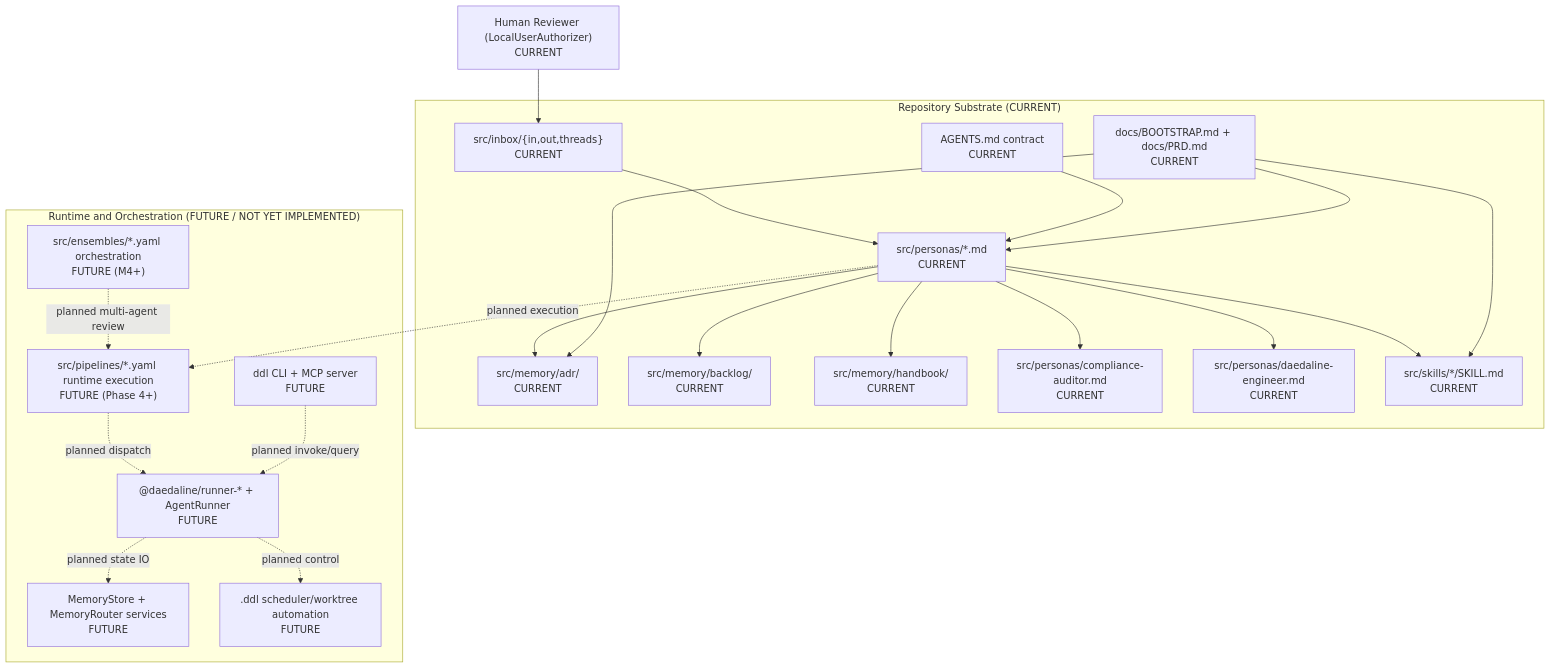
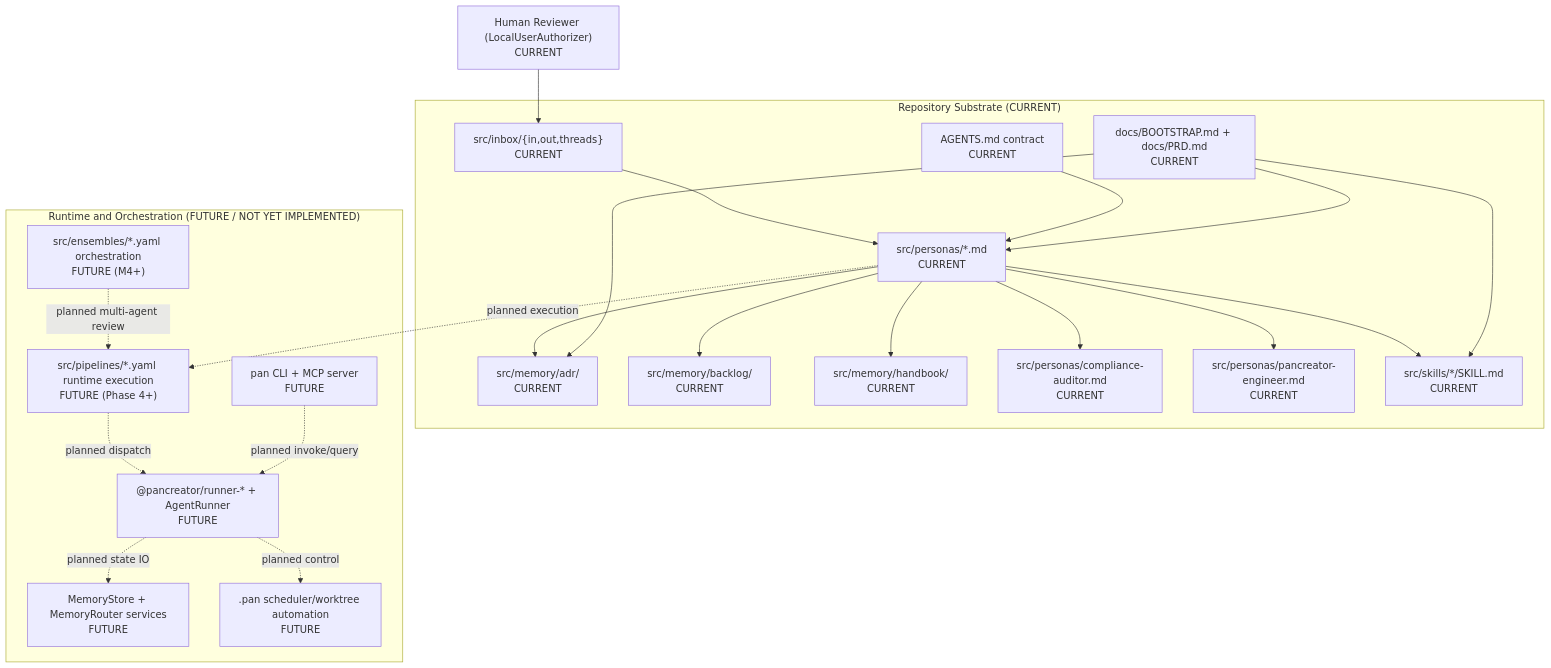
One commit to alenlukic/pancreator changed the diagram in src/memory/adr/0002-system-architecture-map.md. Above: the diagram before and after it, drawn with Mermaid. The commit also changed other lines of this file and 1154 other files, not shown here.

````diff
--- a/src/memory/adr/0002-system-architecture-map.md
+++ b/src/memory/adr/0002-system-architecture-map.md
@@ -85,46 +85,46 @@
 ```mermaid
 flowchart TB
     Human["Human Reviewer (LocalUserAuthorizer)\nCURRENT"]
 
     subgraph Repo["Repository Substrate (CURRENT)"]
       AGENTS["AGENTS.md contract\nCURRENT"]
       INBOX["src/inbox/{in,out,threads}\nCURRENT"]
       ADR["src/memory/adr/\nCURRENT"]
       BACKLOG["src/memory/backlog/\nCURRENT"]
       HANDBOOK["src/memory/handbook/\nCURRENT"]
       PERSONAS["src/personas/*.md\nCURRENT"]
       COMPLIANCE["src/personas/compliance-auditor.md\nCURRENT"]
-      TENGINEER["src/personas/daedaline-engineer.md\nCURRENT"]
+      TENGINEER["src/personas/pancreator-engineer.md\nCURRENT"]
       SKILLS["src/skills/*/SKILL.md\nCURRENT"]
       BOOT["docs/BOOTSTRAP.md + docs/PRD.md\nCURRENT"]
     end
 
     subgraph Runtime["Runtime and Orchestration (FUTURE / NOT YET IMPLEMENTED)"]
       PIPELINES["src/pipelines/*.yaml runtime execution\nFUTURE (Phase 4+)"]
       ENSEMBLES["src/ensembles/*.yaml orchestration\nFUTURE (M4+)"]
-      RUNNER["@daedaline/runner-* + AgentRunner\nFUTURE"]
+      RUNNER["@pancreator/runner-* + AgentRunner\nFUTURE"]
       MEMORY["MemoryStore + MemoryRouter services\nFUTURE"]
-      CLI["ddl CLI + MCP server\nFUTURE"]
-      CONTROL[".ddl scheduler/worktree automation\nFUTURE"]
+      CLI["pan CLI + MCP server\nFUTURE"]
+      CONTROL[".pan scheduler/worktree automation\nFUTURE"]
     end
 
     Human --> INBOX
     INBOX --> PERSONAS
     PERSONAS --> COMPLIANCE
     PERSONAS --> TENGINEER
     PERSONAS --> SKILLS
     PERSONAS --> ADR
     PERSONAS --> BACKLOG
     PERSONAS --> HANDBOOK
     AGENTS --> PERSONAS
     BOOT --> PERSONAS
     BOOT --> SKILLS
     BOOT --> ADR
 
     PERSONAS -. planned execution .-> PIPELINES
     PIPELINES -. planned dispatch .-> RUNNER
     RUNNER -. planned state IO .-> MEMORY
     RUNNER -. planned control .-> CONTROL
     CLI -. planned invoke/query .-> RUNNER
     ENSEMBLES -. planned multi-agent review .-> PIPELINES
 ```
````
